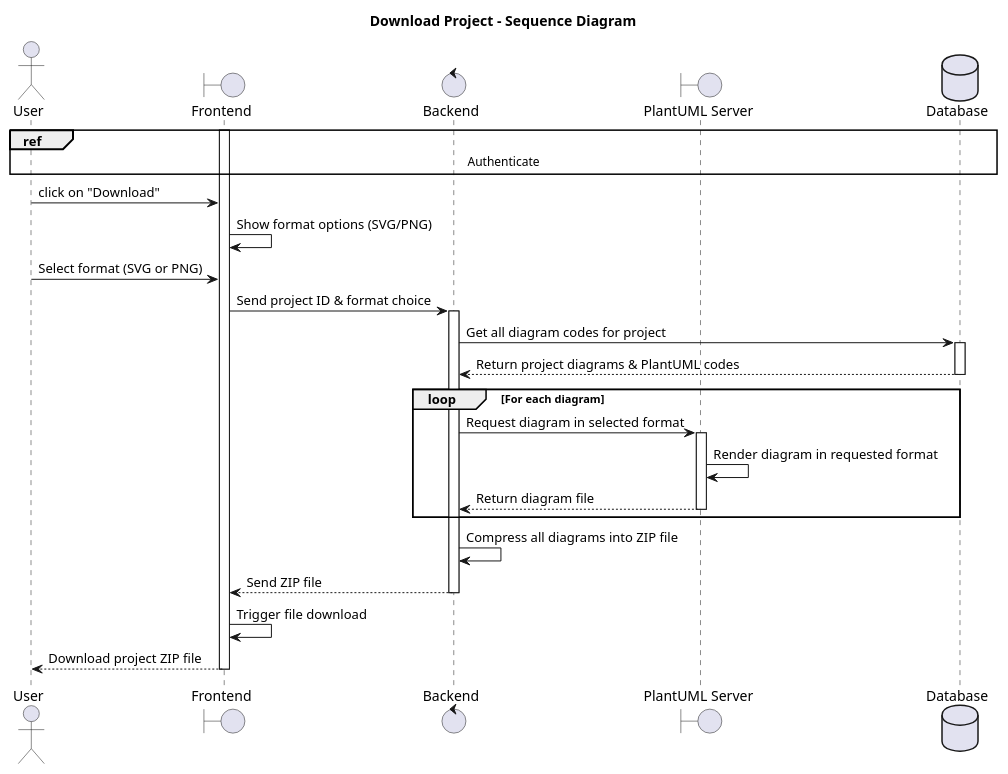
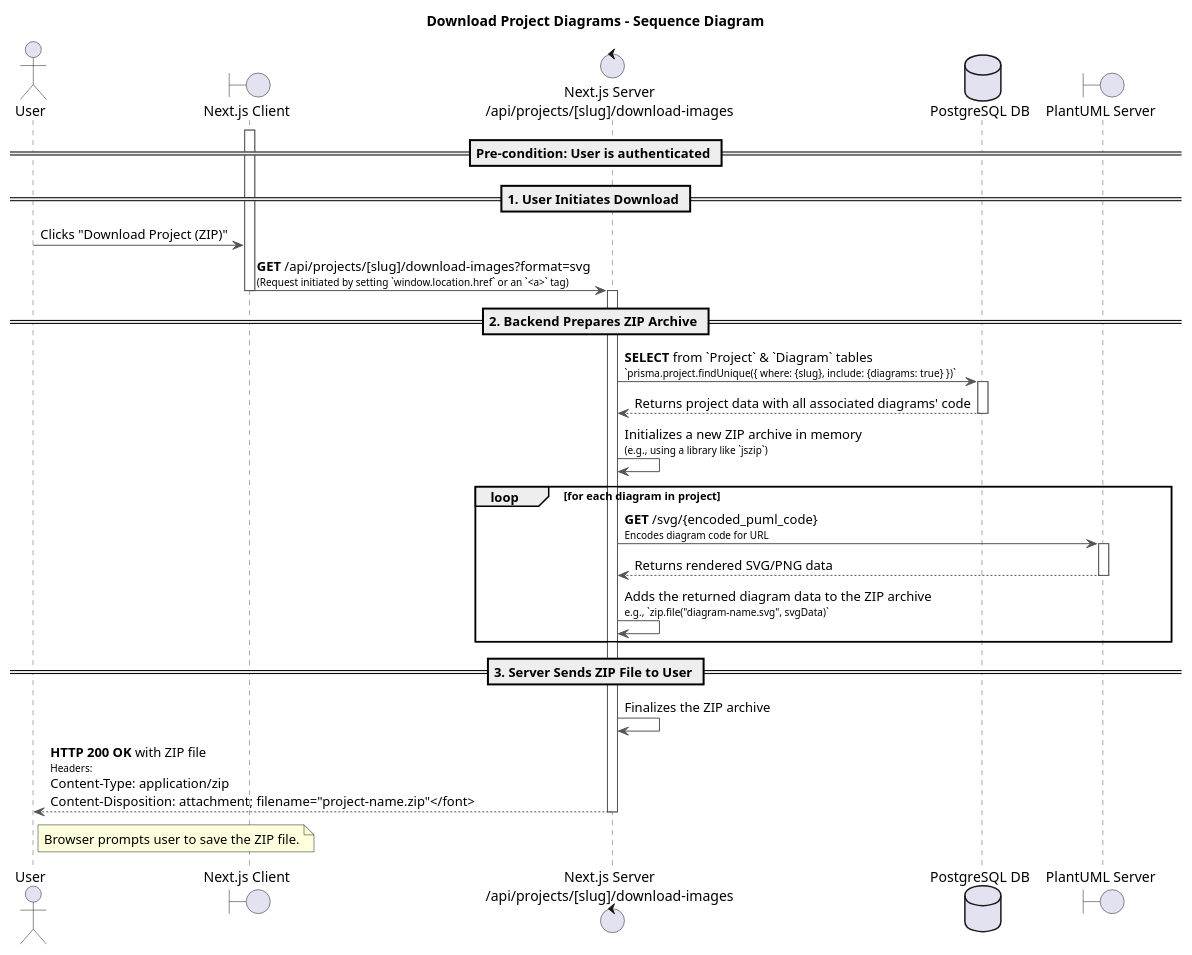
Before and after one commit to souhaib-askri/report_pfe: the diagram in conception/SprintIII/sequence_diagrams/sequence_projectManagement_3_5_DownloadProjectDiagramsAsZip.puml, drawn with PlantUML. The commit also changed 32 other files, not shown here.

Commit message:
update sequence diagram

```diff
--- a/conception/SprintIII/sequence_diagrams/sequence_projectManagement_3_5_DownloadProjectDiagramsAsZip.puml
+++ b/conception/SprintIII/sequence_diagrams/sequence_projectManagement_3_5_DownloadProjectDiagramsAsZip.puml
@@ -1,42 +1,52 @@
 @startuml
-title Download Project - Sequence Diagram
+title Download Project Diagrams - Sequence Diagram
 
 actor User
-boundary Frontend
-control Backend
+boundary "Next.js Client" as Client
+control "Next.js Server\n/api/projects/[slug]/download-images" as Server
+database "PostgreSQL DB" as DB
 boundary "PlantUML Server" as PlantUML
-database Database
 
-ref over User, Database: Authenticate
+skinparam sequence {
+    ArrowColor #555
+    ActorBorderColor #555
+    LifeLineBorderColor #555
+    ParticipantBorderColor #007bff
+    DatabaseBorderColor #d9534f
+    ControlBorderColor #5cb85c
+    BoundaryBorderColor #f0ad4e
+}
 
-activate Frontend
+== Pre-condition: User is authenticated ==
 
-User -> Frontend: click on "Download"
-Frontend -> Frontend: Show format options (SVG/PNG)
+== 1. User Initiates Download ==
+activate Client
+User -> Client: Clicks "Download Project (ZIP)"
+Client -> Server: **GET** /api/projects/[slug]/download-images?format=svg\n<font size=10>(Request initiated by setting `window.location.href` or an `<a>` tag)</font>
+deactivate Client
+activate Server
 
-User -> Frontend: Select format (SVG or PNG)
-Frontend -> Backend: Send project ID & format choice
-activate Backend
+== 2. Backend Prepares ZIP Archive ==
+Server -> DB: **SELECT** from `Project` & `Diagram` tables\n<font size=10>`prisma.project.findUnique({ where: {slug}, include: {diagrams: true} })`</font>
+activate DB
+DB --> Server: Returns project data with all associated diagrams' code
+deactivate DB
 
-Backend -> Database: Get all diagram codes for project
-activate Database
-Database --> Backend: Return project diagrams & PlantUML codes
-deactivate Database
+Server -> Server: Initializes a new ZIP archive in memory\n<font size=10>(e.g., using a library like `jszip`)</font>
 
-loop For each diagram
-    Backend -> PlantUML: Request diagram in selected format
+loop for each diagram in project
+    Server -> PlantUML: **GET** /svg/{encoded_puml_code}\n<font size=10>Encodes diagram code for URL</font>
     activate PlantUML
-    PlantUML -> PlantUML: Render diagram in requested format
-    PlantUML --> Backend: Return diagram file
+    PlantUML --> Server: Returns rendered SVG/PNG data
     deactivate PlantUML
+    Server -> Server: Adds the returned diagram data to the ZIP archive\n<font size=10>e.g., `zip.file("diagram-name.svg", svgData)`</font>
 end
 
-Backend -> Backend: Compress all diagrams into ZIP file
-Backend --> Frontend: Send ZIP file
-deactivate Backend
+== 3. Server Sends ZIP File to User ==
+Server -> Server: Finalizes the ZIP archive
+Server --> User: **HTTP 200 OK** with ZIP file\n<font size=10>Headers:\nContent-Type: application/zip\nContent-Disposition: attachment; filename="project-name.zip"</font>
+deactivate Server
 
-Frontend -> Frontend: Trigger file download
-Frontend --> User: Download project ZIP file
-deactivate Frontend
+note right of User: Browser prompts user to save the ZIP file.
 
 @enduml
```
